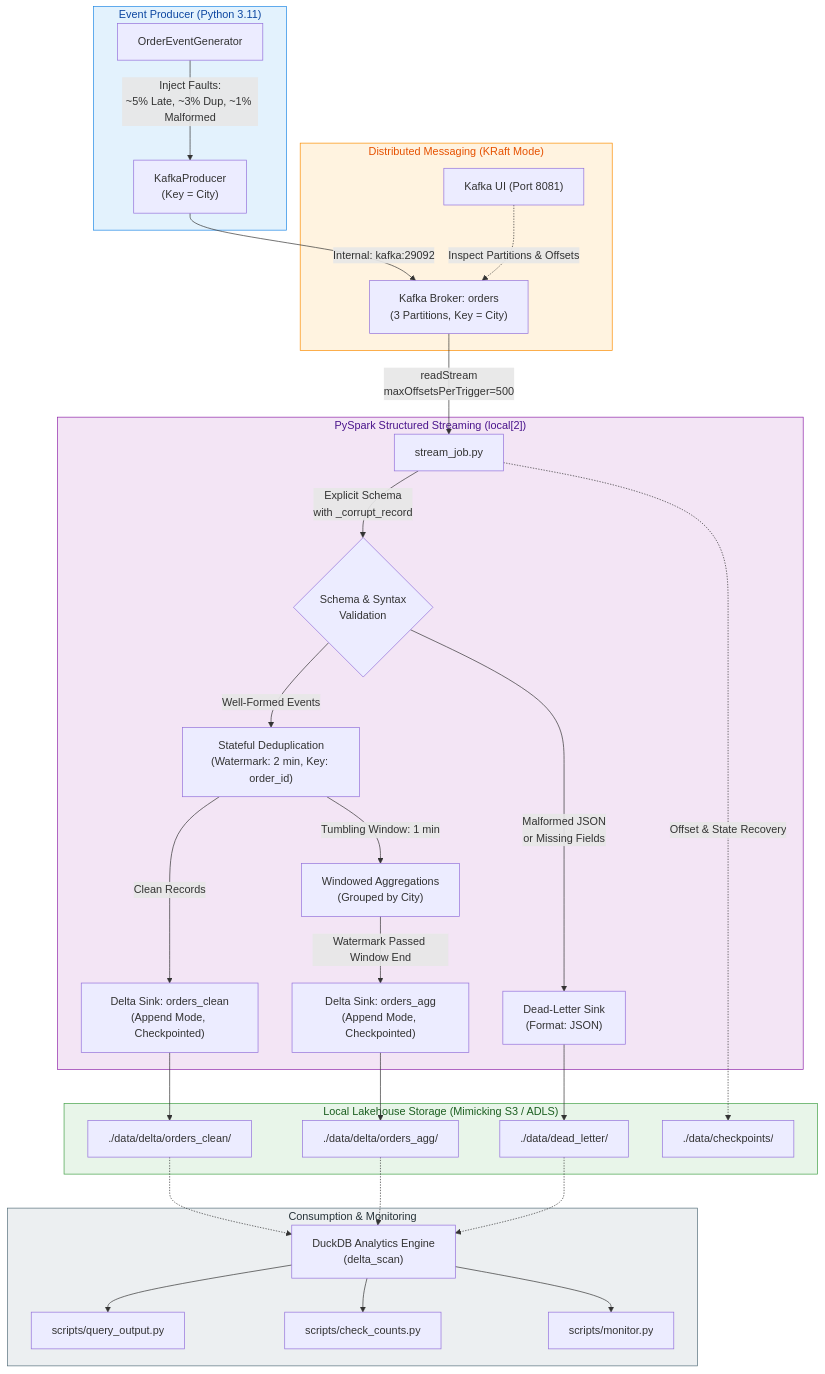
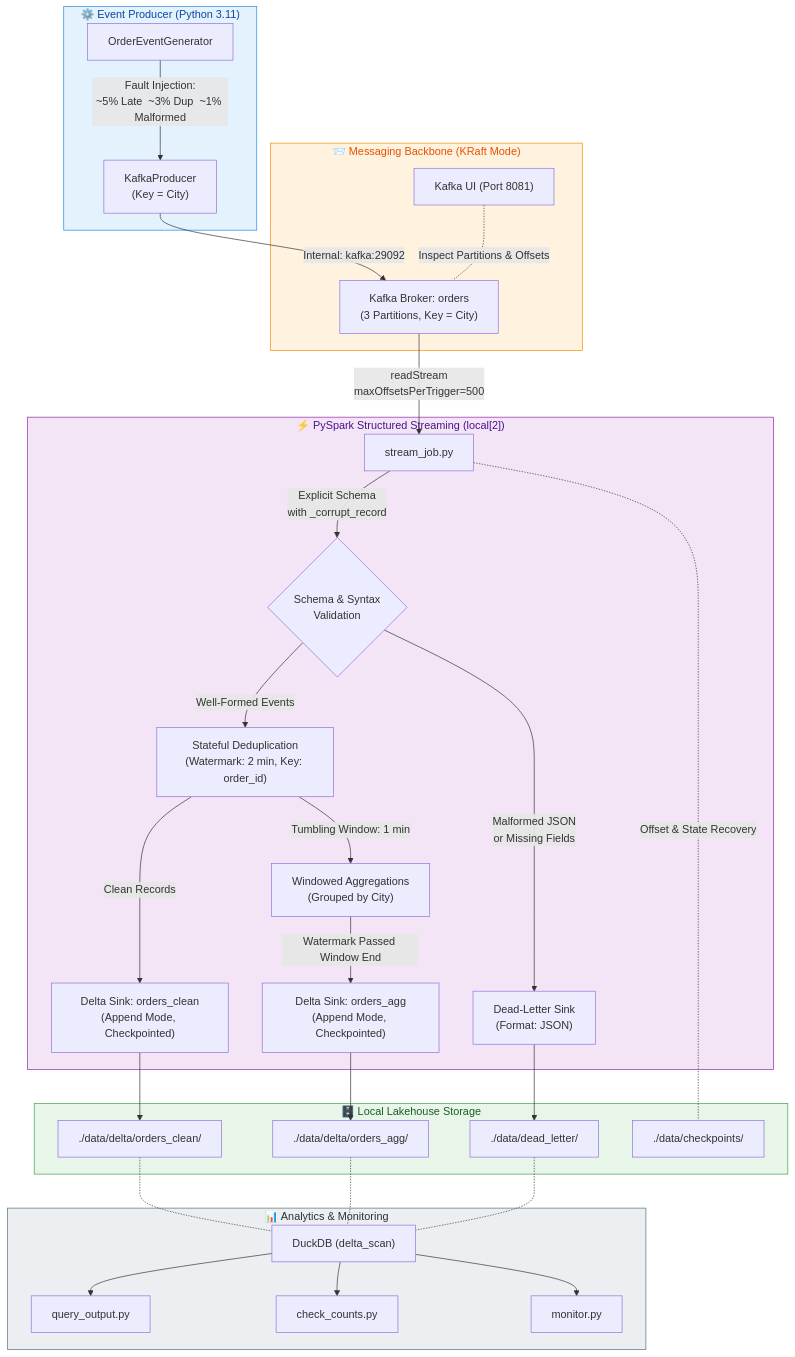
The diagram in README.md (Sohamm24/realtime-data-streaming-using-kafka), drawn with Mermaid before and after one commit. The commit also changed other lines of this file and 3 other files, not shown here.

````diff
--- a/README.md
+++ b/README.md
@@ -9,45 +53,45 @@
 ```mermaid
 flowchart TD
-    subgraph Data_Generation["Event Producer (Python 3.11)"]
-        G["OrderEventGenerator"] -->|Inject Faults:\n~5% Late, ~3% Dup, ~1% Malformed| P["KafkaProducer\n(Key = City)"]
+    subgraph Data_Generation["⚙️ Event Producer (Python 3.11)"]
+        G["OrderEventGenerator"] -->|"Fault Injection:\n~5% Late  ~3% Dup  ~1% Malformed"| P["KafkaProducer\n(Key = City)"]
     end
 
-    subgraph Messaging_Backbone["Distributed Messaging (KRaft Mode)"]
-        P -->|Internal: kafka:29092| K["Kafka Broker: orders\n(3 Partitions, Key = City)"]
-        KUI["Kafka UI (Port 8081)"] -.->|Inspect Partitions & Offsets| K
+    subgraph Messaging_Backbone["📨 Messaging Backbone (KRaft Mode)"]
+        P -->|"Internal: kafka:29092"| K["Kafka Broker: orders\n(3 Partitions, Key = City)"]
+        KUI["Kafka UI (Port 8081)"] -.-|"Inspect Partitions & Offsets"| K
     end
 
-    subgraph Stream_Engine["PySpark Structured Streaming (local[2])"]
-        K -->|readStream\nmaxOffsetsPerTrigger=500| S["stream_job.py"]
-        S -->|Explicit Schema\nwith _corrupt_record| SPLIT{"Schema & Syntax\nValidation"}
+    subgraph Stream_Engine["⚡ PySpark Structured Streaming (local[2])"]
+        K -->|"readStream\nmaxOffsetsPerTrigger=500"| S["stream_job.py"]
+        S -->|"Explicit Schema\nwith _corrupt_record"| SPLIT{"Schema & Syntax\nValidation"}
 
-        SPLIT -->|Malformed JSON\nor Missing Fields| DLQ["Dead-Letter Sink\n(Format: JSON)"]
-        SPLIT -->|Well-Formed Events| DEDUP["Stateful Deduplication\n(Watermark: 2 min, Key: order_id)"]
+        SPLIT -->|"Malformed JSON\nor Missing Fields"| DLQ["Dead-Letter Sink\n(Format: JSON)"]
+        SPLIT -->|"Well-Formed Events"| DEDUP["Stateful Deduplication\n(Watermark: 2 min, Key: order_id)"]
 
-        DEDUP -->|Clean Records| CLEAN_SINK["Delta Sink: orders_clean\n(Append Mode, Checkpointed)"]
-        DEDUP -->|Tumbling Window: 1 min| WIN["Windowed Aggregations\n(Grouped by City)"]
-        WIN -->|Watermark Passed Window End| AGG_SINK["Delta Sink: orders_agg\n(Append Mode, Checkpointed)"]
+        DEDUP -->|"Clean Records"| CLEAN_SINK["Delta Sink: orders_clean\n(Append Mode, Checkpointed)"]
+        DEDUP -->|"Tumbling Window: 1 min"| WIN["Windowed Aggregations\n(Grouped by City)"]
+        WIN -->|"Watermark Passed Window End"| AGG_SINK["Delta Sink: orders_agg\n(Append Mode, Checkpointed)"]
     end
 
-    subgraph Storage_Layer["Local Lakehouse Storage (Mimicking S3 / ADLS)"]
+    subgraph Storage_Layer["🗄️ Local Lakehouse Storage"]
         DLQ --> FS_DLQ["./data/dead_letter/"]
         CLEAN_SINK --> FS_CLEAN["./data/delta/orders_clean/"]
         AGG_SINK --> FS_AGG["./data/delta/orders_agg/"]
-        S -.->|Offset & State Recovery| FS_CHK["./data/checkpoints/"]
+        S -.-|"Offset & State Recovery"| FS_CHK["./data/checkpoints/"]
     end
 
-    subgraph Analytics_Consumption["Consumption & Monitoring"]
-        FS_CLEAN -.-> DUCK["DuckDB Analytics Engine\n(delta_scan)"]
-        FS_AGG -.-> DUCK
-        FS_DLQ -.-> DUCK
-        DUCK --> QRY["scripts/query_output.py"]
-        DUCK --> CNT["scripts/check_counts.py"]
-        DUCK --> MON["scripts/monitor.py"]
+    subgraph Analytics_Consumption["📊 Analytics & Monitoring"]
+        FS_CLEAN -.- DUCK["DuckDB (delta_scan)"]
+        FS_AGG -.- DUCK
+        FS_DLQ -.- DUCK
+        DUCK --> QRY["query_output.py"]
+        DUCK --> CNT["check_counts.py"]
+        DUCK --> MON["monitor.py"]
     end
 
     style Data_Generation fill:#E3F2FD,stroke:#1E88E5,color:#0D47A1
     style Messaging_Backbone fill:#FFF3E0,stroke:#FB8C00,color:#E65100
     style Stream_Engine fill:#F3E5F5,stroke:#8E24AA,color:#4A148C
     style Storage_Layer fill:#E8F5E9,stroke:#43A047,color:#1B5E20
     style Analytics_Consumption fill:#ECEFF1,stroke:#546E7A,color:#263238
 ```
````
